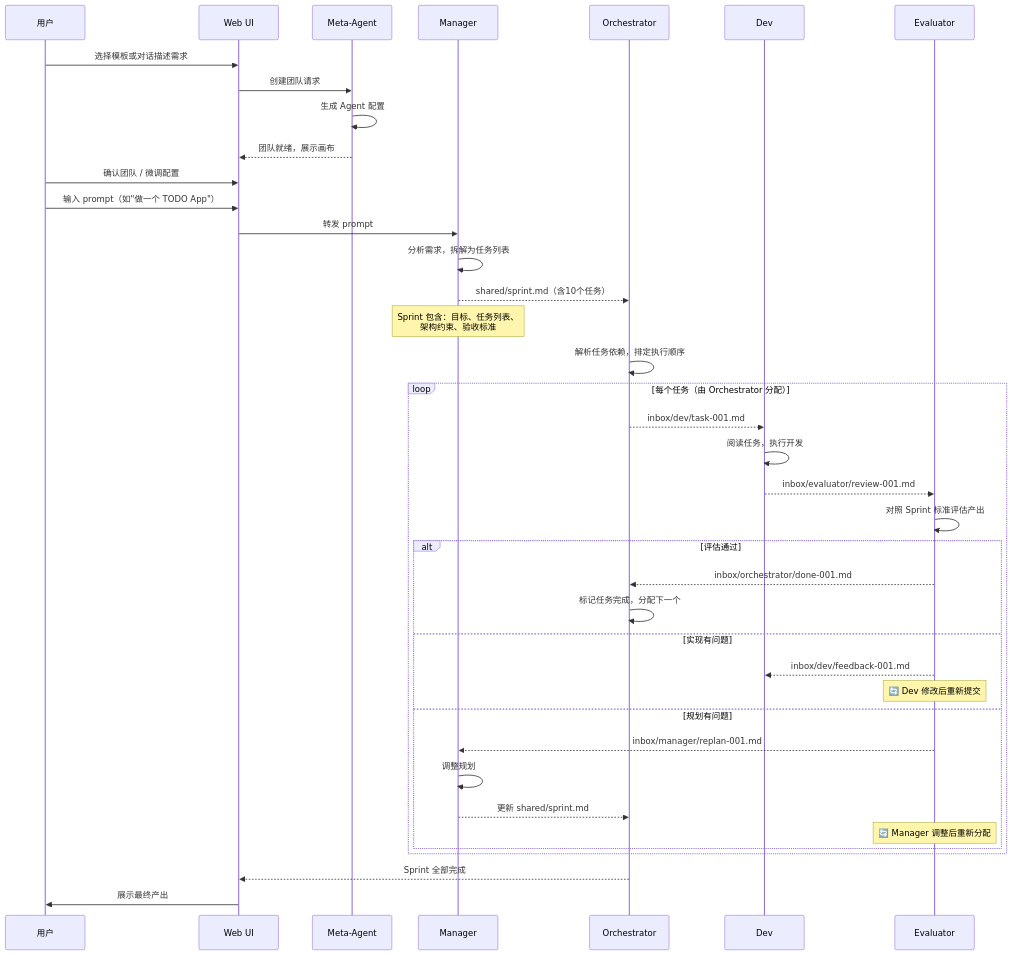
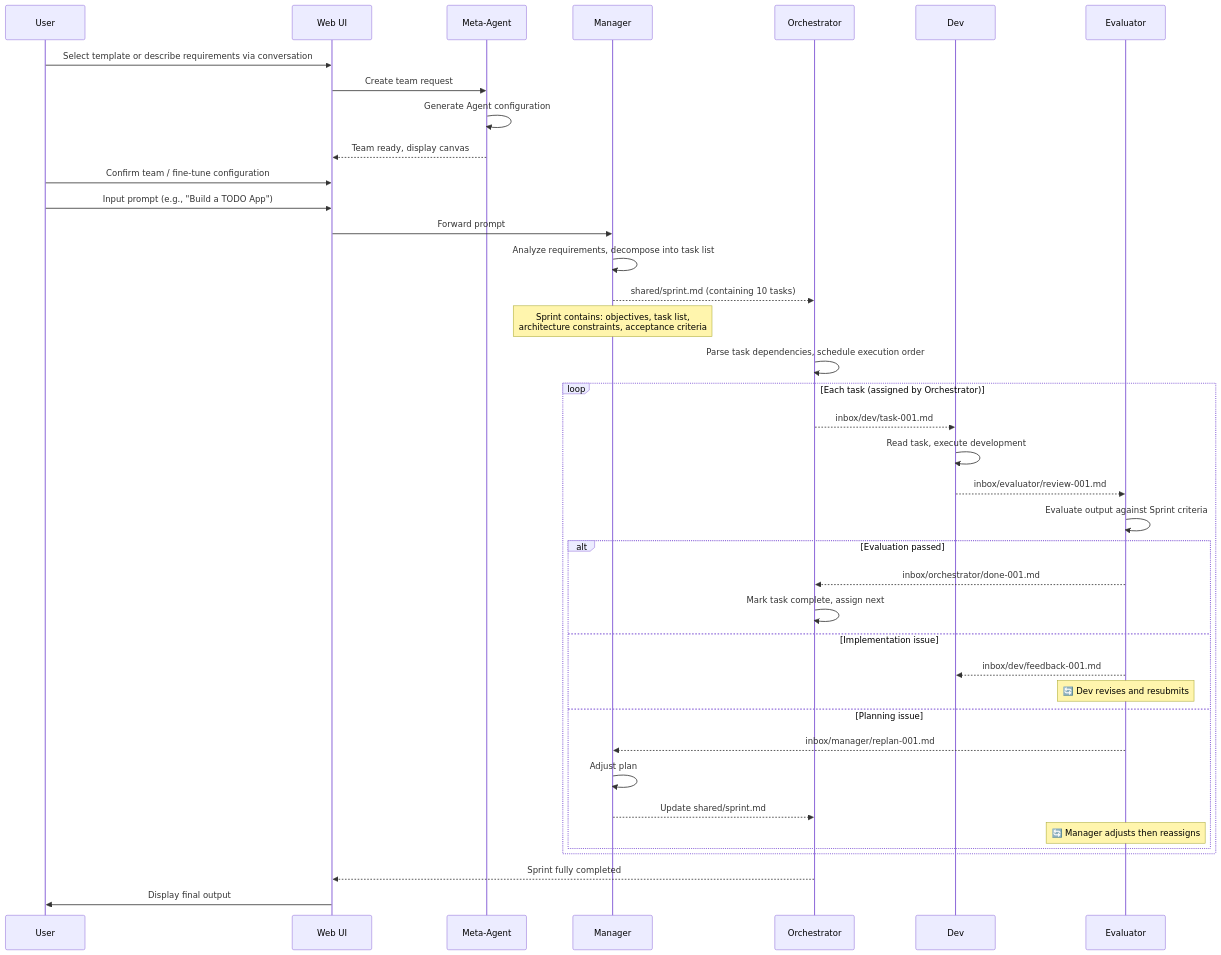
Before and after one commit to lchaoer/Polygents: the fifth of 10 diagrams in docs/design.md, drawn with Mermaid. The commit also changed other lines of this file and 4 other files, not shown here.

````diff
--- a/docs/design.md
+++ b/docs/design.md
@@ -286,47 +286,47 @@
 ```mermaid
 sequenceDiagram
-    participant U as 用户
+    participant U as User
     participant UI as Web UI
     participant MA as Meta-Agent
     participant M as Manager
     participant O as Orchestrator
     participant D as Dev
     participant E as Evaluator
 
-    U->>UI: 选择模板或对话描述需求
-    UI->>MA: 创建团队请求
-    MA->>MA: 生成 Agent 配置
-    MA-->>UI: 团队就绪，展示画布
-    U->>UI: 确认团队 / 微调配置
-    U->>UI: 输入 prompt（如"做一个 TODO App"）
+    U->>UI: Select template or describe requirements via conversation
+    UI->>MA: Create team request
+    MA->>MA: Generate Agent configuration
+    MA-->>UI: Team ready, display canvas
+    U->>UI: Confirm team / fine-tune configuration
+    U->>UI: Input prompt (e.g., "Build a TODO App")
 
-    UI->>M: 转发 prompt
-    M->>M: 分析需求，拆解为任务列表
-    M-->>O: shared/sprint.md（含10个任务）
-    Note over M: Sprint 包含：目标、任务列表、<br/>架构约束、验收标准
+    UI->>M: Forward prompt
+    M->>M: Analyze requirements, decompose into task list
+    M-->>O: shared/sprint.md (containing 10 tasks)
+    Note over M: Sprint contains: objectives, task list,<br/>architecture constraints, acceptance criteria
 
-    O->>O: 解析任务依赖，排定执行顺序
+    O->>O: Parse task dependencies, schedule execution order
 
-    loop 每个任务（由 Orchestrator 分配）
+    loop Each task (assigned by Orchestrator)
         O-->>D: inbox/dev/task-001.md
-        D->>D: 阅读任务，执行开发
+        D->>D: Read task, execute development
         D-->>E: inbox/evaluator/review-001.md
 
-        E->>E: 对照 Sprint 标准评估产出
-        alt 评估通过
+        E->>E: Evaluate output against Sprint criteria
+        alt Evaluation passed
             E-->>O: inbox/orchestrator/done-001.md
-            O->>O: 标记任务完成，分配下一个
-        else 实现有问题
+            O->>O: Mark task complete, assign next
+        else Implementation issue
             E-->>D: inbox/dev/feedback-001.md
-            Note over E: 🔄 Dev 修改后重新提交
-        else 规划有问题
+            Note over E: 🔄 Dev revises and resubmits
+        else Planning issue
             E-->>M: inbox/manager/replan-001.md
-            M->>M: 调整规划
-            M-->>O: 更新 shared/sprint.md
-            Note over E: 🔄 Manager 调整后重新分配
+            M->>M: Adjust plan
+            M-->>O: Update shared/sprint.md
+            Note over E: 🔄 Manager adjusts then reassigns
         end
     end
 
-    O-->>UI: Sprint 全部完成
-    UI->>U: 展示最终产出
+    O-->>UI: Sprint fully completed
+    UI->>U: Display final output
 ```
````
